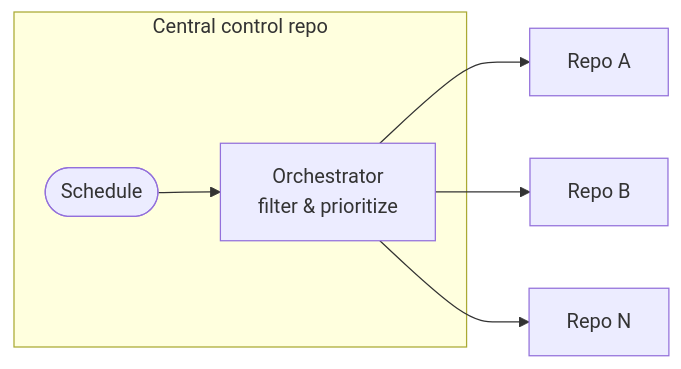
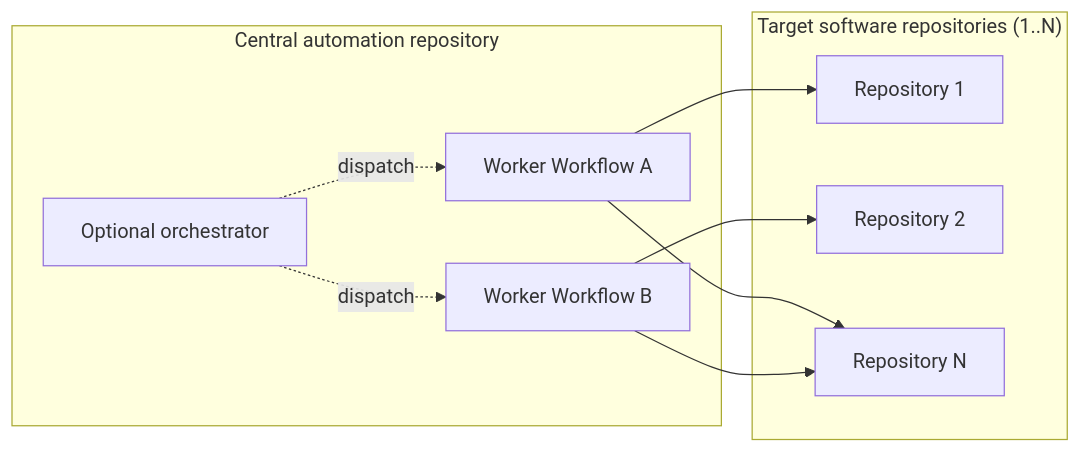
One commit to githubnext/gh-aw changed the first of 2 diagrams in docs/src/content/docs/patterns/central-repo-ops.md. Above: the diagram before and after it, drawn with Mermaid. The commit also changed other lines of this file and 1 other file, not shown here.

Commit message:
update diagrams

````diff
--- a/docs/src/content/docs/patterns/central-repo-ops.md
+++ b/docs/src/content/docs/patterns/central-repo-ops.md
@@ -14,9 +16,18 @@
 ```mermaid
 flowchart LR
-    subgraph central["Central control repo"]
-        schedule([Schedule]) --> orch[Orchestrator\nfilter & prioritize]
+    subgraph central["Central automation repository"]
+        tests[Worker Workflow A]
+        perf[Worker Workflow B]
+        orch[Optional orchestrator] -. dispatch .-> tests
+        orch -. dispatch .-> perf
     end
-    orch --> w1[Repo A]
-    orch --> w2[Repo B]
-    orch --> w3[Repo N]
+    subgraph targets["Target software repositories (1..N)"]
+        r1[Repository 1]
+        r2[Repository 2]
+        rn[Repository N]
+    end
+    tests --> r1
+    tests --> rn
+    perf --> r2
+    perf --> rn
 ```
````
